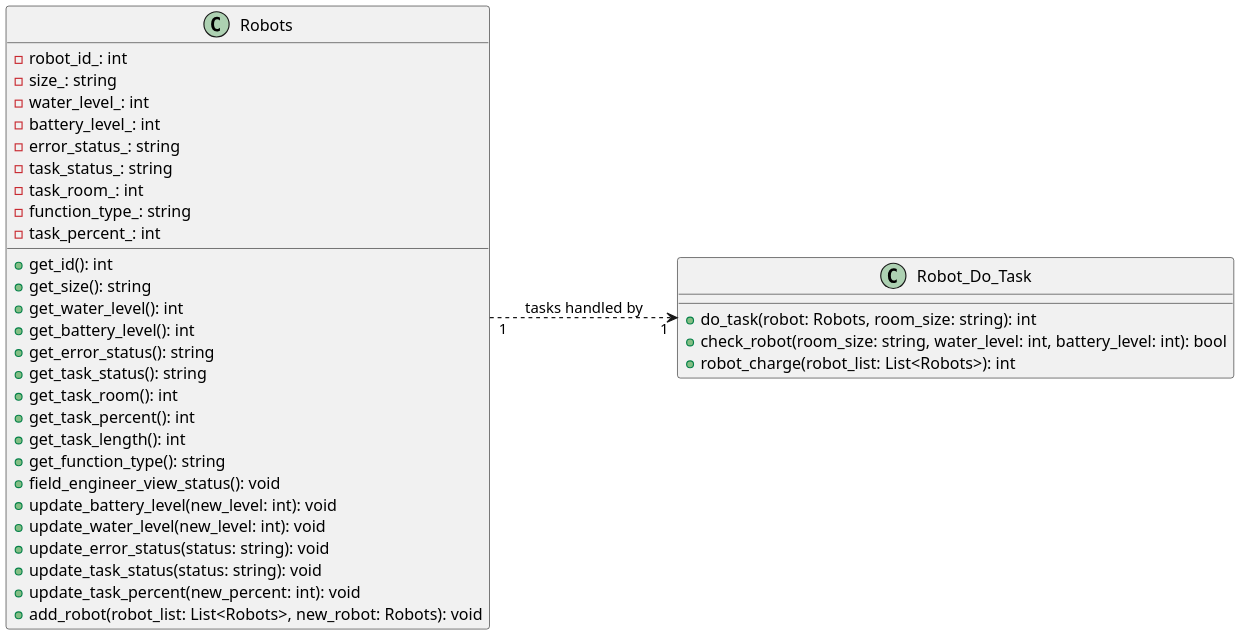
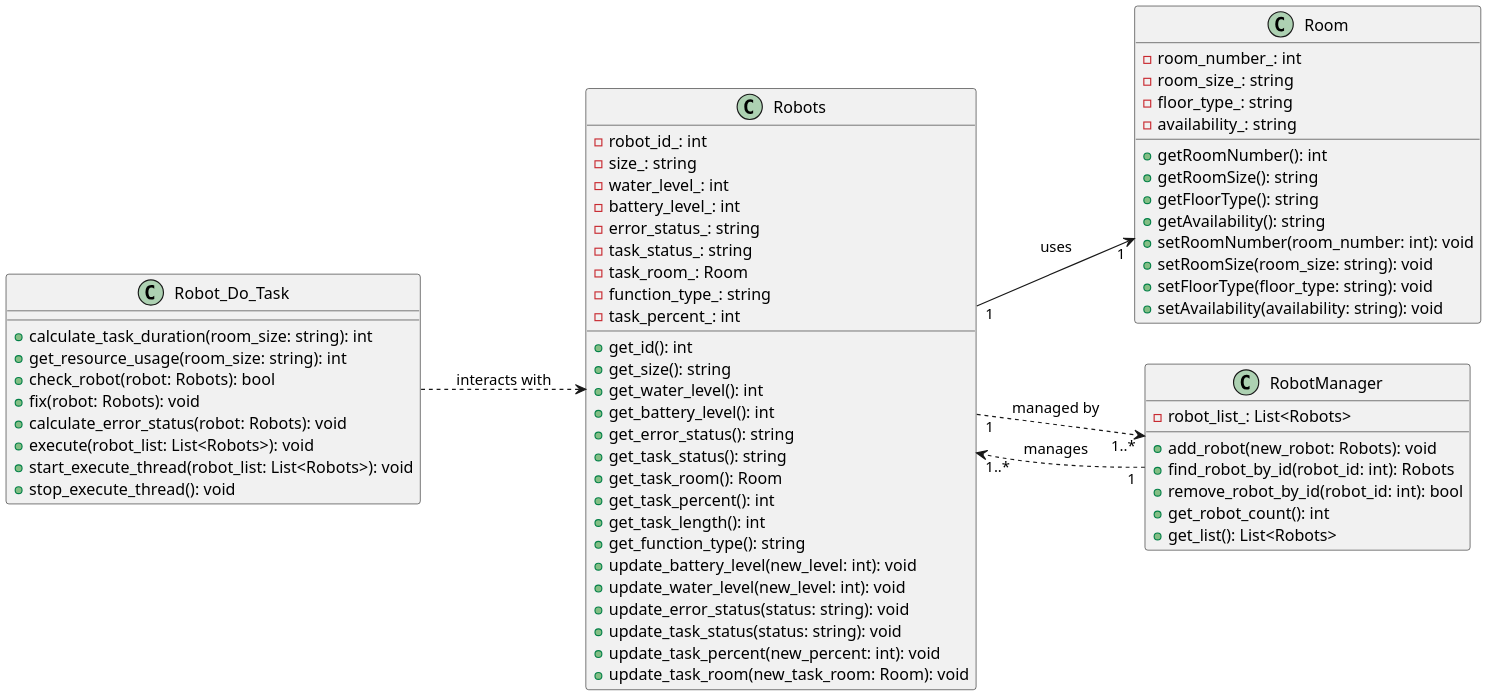
The diagram in docs/design/classDiagram/SimulationDiagram.puml (ur-swe-fa24/main-project-scrum-heads), drawn with PlantUML before and after one commit. The commit also changed other lines of this file and 6 other files, not shown here.

```diff
--- a/docs/design/classDiagram/SimulationDiagram.puml
+++ b/docs/design/classDiagram/SimulationDiagram.puml
@@ -1,46 +1,77 @@
 @startuml SimulationClassDiagram
 skinparam dpi 200
 skinparam DefaultFontName Inconsolata
 left to right direction
 
-' Robot class with attributes and methods
+' Robots class with attributes and methods
 class Robots {
     -robot_id_: int
     -size_: string
     -water_level_: int
     -battery_level_: int
     -error_status_: string
     -task_status_: string
-    -task_room_: int
+    -task_room_: Room
     -function_type_: string
     -task_percent_: int
     +get_id(): int
     +get_size(): string
     +get_water_level(): int
     +get_battery_level(): int
     +get_error_status(): string
     +get_task_status(): string
-    +get_task_room(): int
+    +get_task_room(): Room
     +get_task_percent(): int
     +get_task_length(): int
     +get_function_type(): string
-    +field_engineer_view_status(): void
     +update_battery_level(new_level: int): void
     +update_water_level(new_level: int): void
     +update_error_status(status: string): void
     +update_task_status(status: string): void
     +update_task_percent(new_percent: int): void
-    +add_robot(robot_list: List<Robots>, new_robot: Robots): void
+    +update_task_room(new_task_room: Room): void
 }
 
-' Robot_Do_Task class with task-related methods
-class Robot_Do_Task {
-    +do_task(robot: Robots, room_size: string): int
-    +check_robot(room_size: string, water_level: int, battery_level: int): bool
-    +robot_charge(robot_list: List<Robots>): int
+' Room class with attributes and methods
+class Room {
+    -room_number_: int
+    -room_size_: string
+    -floor_type_: string
+    -availability_: string
+    +getRoomNumber(): int
+    +getRoomSize(): string
+    +getFloorType(): string
+    +getAvailability(): string
+    +setRoomNumber(room_number: int): void
+    +setRoomSize(room_size: string): void
+    +setFloorType(floor_type: string): void
+    +setAvailability(availability: string): void
 }
 
-Robots "1" ..> "1" Robot_Do_Task : tasks handled by
+' RobotManager class with methods to manage robots
+class RobotManager {
+    -robot_list_: List<Robots>
+    +add_robot(new_robot: Robots): void
+    +find_robot_by_id(robot_id: int): Robots
+    +remove_robot_by_id(robot_id: int): bool
+    +get_robot_count(): int
+    +get_list(): List<Robots>
+}
 
+' Robot_Do_Task namespace with task-related methods
+class Robot_Do_Task {
+    +calculate_task_duration(room_size: string): int
+    +get_resource_usage(room_size: string): int
+    +check_robot(robot: Robots): bool
+    +fix(robot: Robots): void
+    +calculate_error_status(robot: Robots): void
+    +execute(robot_list: List<Robots>): void
+    +start_execute_thread(robot_list: List<Robots>): void
+    +stop_execute_thread(): void
+}
 
+Robots "1" --> "1" Room : uses
+Robots "1" ..> "1..*" RobotManager : managed by
+RobotManager "1" ..> "1..*" Robots : manages
+Robot_Do_Task ..> Robots : interacts with
 @enduml
```
